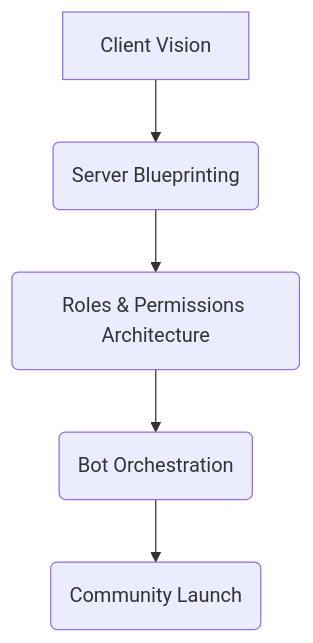
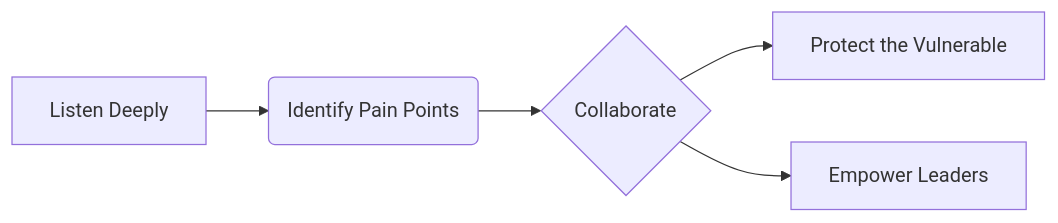
One commit to troven-team/.github changed the diagram in README.md. Above: the diagram before and after it, drawn with Mermaid. The commit also changed other lines of this file, not shown here.

````diff
--- a/README.md
+++ b/README.md
@@ -23,7 +29,7 @@
-```mermaid
-graph TD
-  A[Client Vision] --> B(Server Blueprinting)
-  B --> C(Roles & Permissions Architecture)
-  C --> D(Bot Orchestration)
-  D --> E(Community Launch)
+```mermaid  
+graph LR  
+  A[Listen Deeply] --> B(Identify Pain Points)  
+  B --> C{Collaborate}  
+  C --> D[Protect the Vulnerable]  
+  C --> E[Empower Leaders]  
 ```
````
